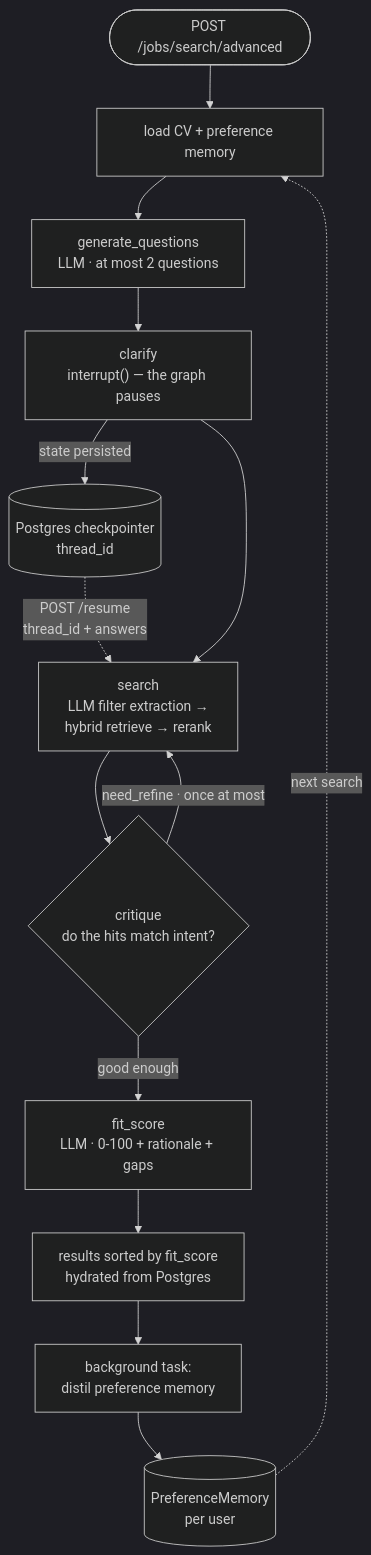
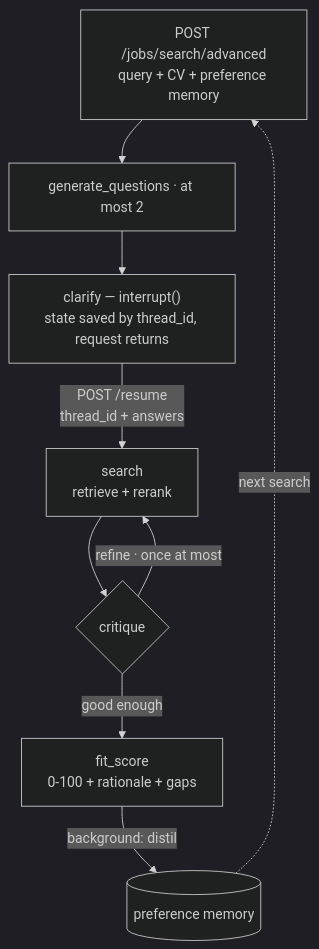
The fourth of 7 diagrams in README.md (LorenzoSchiroli/jobstrainer), drawn with Mermaid (dark theme) before and after one commit. The commit also changed other lines of this file, not shown here.

````diff
--- a/README.md
+++ b/README.md
@@ -146,16 +132,18 @@
 ```mermaid
-flowchart TD
-    START(["POST /jobs/search/advanced"]) --> LOAD["load CV + preference memory"]
-    LOAD --> GQ["generate_questions<br/>LLM · at most 2 questions"]
-    GQ --> CLAR["clarify<br/>interrupt() — the graph pauses"]
-    CLAR -->|"state persisted"| CK[("Postgres checkpointer<br/>thread_id")]
-    CK -.->|"POST /resume<br/>thread_id + answers"| SEARCH
-    CLAR --> SEARCH["search<br/>LLM filter extraction →<br/>hybrid retrieve → rerank"]
-    SEARCH --> CRIT{"critique<br/>do the hits match intent?"}
-    CRIT -->|"need_refine · once at most"| SEARCH
-    CRIT -->|"good enough"| FIT["fit_score<br/>LLM · 0-100 + rationale + gaps"]
-    FIT --> RES["results sorted by fit_score<br/>hydrated from Postgres"]
-    RES --> BGT["background task:<br/>distil preference memory"]
-    BGT --> MEM[("PreferenceMemory<br/>per user")]
-    MEM -.->|"next search"| LOAD
+flowchart TB
+    A["POST /jobs/search/advanced<br/>query + CV + preference memory"]
+    B["generate_questions · at most 2"]
+    C["clarify — interrupt()<br/>state saved by thread_id, request returns"]
+    E["search<br/>retrieve + rerank"]
+    F{"critique"}
+    G["fit_score<br/>0-100 + rationale + gaps"]
+    M[("preference memory")]
+
+    A --> B --> C
+    C -->|"POST /resume<br/>thread_id + answers"| E
+    E --> F
+    F -->|"refine · once at most"| E
+    F -->|"good enough"| G
+    G -->|"background: distil"| M
+    M -.->|"next search"| A
 ```
````
